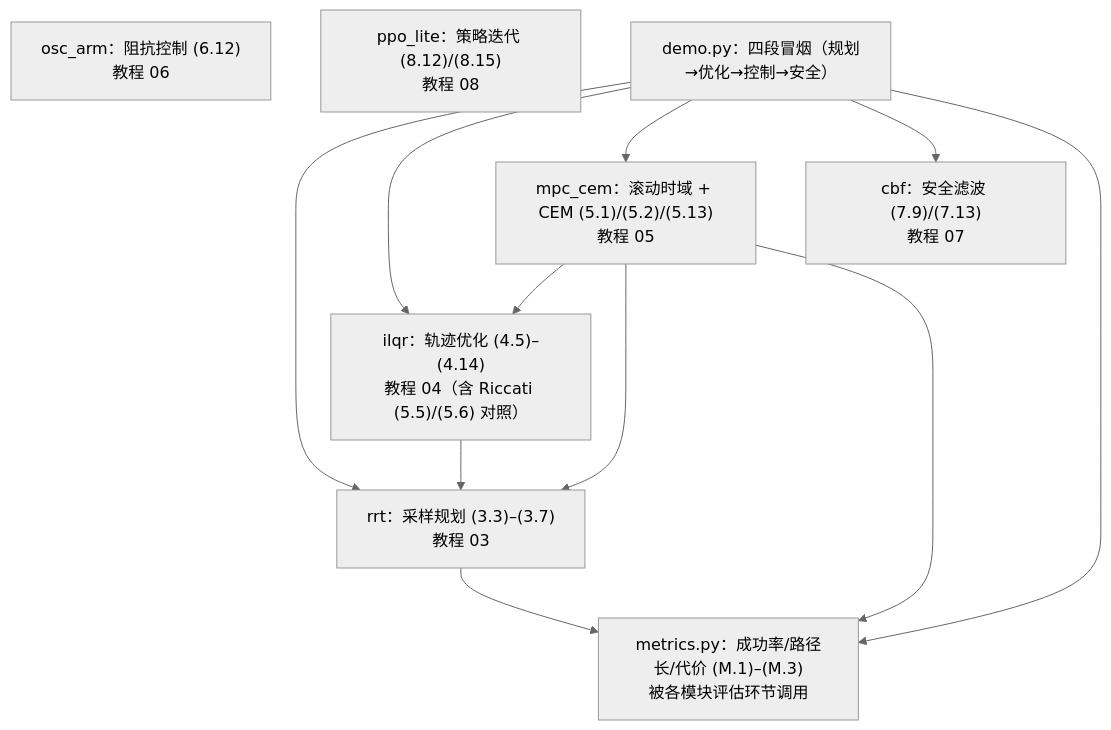
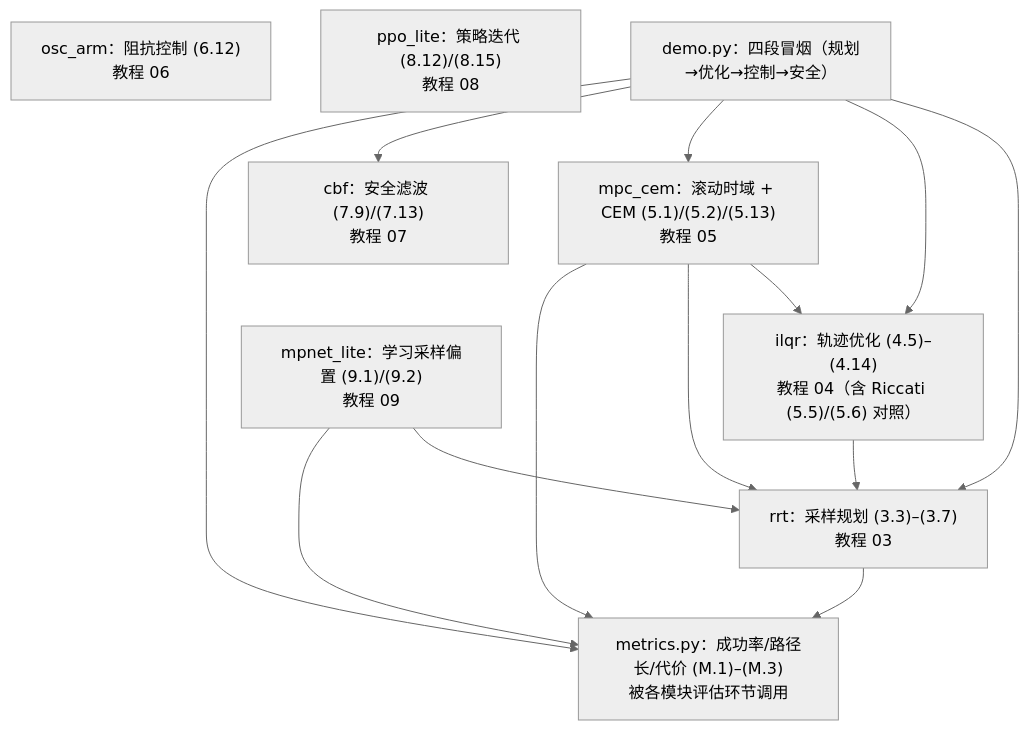
Before and after one commit to xMathematics/RoboTwinTutorial: the diagram in projects/control_planning/TUTORIAL.md, drawn with Mermaid (neutral theme). The commit also changed other lines of this file and 6 other files, not shown here.

Commit message:
feat(control_planning): 新增 MPNet-lite 学习式采样偏置规划（46→53 项测试）+ 9 篇论文代码映射表（勘正 MPNet 署名）

````diff
--- a/projects/control_planning/TUTORIAL.md
+++ b/projects/control_planning/TUTORIAL.md
@@ -379,22 +428,25 @@
 ```mermaid
 flowchart TD
     RRT["rrt：采样规划 (3.3)–(3.7)<br>教程 03"]
     ILQR["ilqr：轨迹优化 (4.5)–(4.14)<br>教程 04（含 Riccati (5.5)/(5.6) 对照）"]
     MPC["mpc_cem：滚动时域 + CEM (5.1)/(5.2)/(5.13)<br>教程 05"]
     CBF["cbf：安全滤波 (7.9)/(7.13)<br>教程 07"]
     OSC["osc_arm：阻抗控制 (6.12)<br>教程 06"]
     PPO["ppo_lite：策略迭代 (8.12)/(8.15)<br>教程 08"]
+    MPNET["mpnet_lite：学习采样偏置 (9.1)/(9.2)<br>教程 09"]
     METRICS["metrics.py：成功率/路径长/代价 (M.1)–(M.3)<br>被各模块评估环节调用"]
     DEMO["demo.py：四段冒烟（规划→优化→控制→安全）"]
 
     ILQR --> RRT
     MPC --> ILQR
     MPC --> RRT
+    MPNET --> RRT
     DEMO --> RRT
     DEMO --> ILQR
     DEMO --> MPC
     DEMO --> CBF
     DEMO --> METRICS
     RRT --> METRICS
     MPC --> METRICS
+    MPNET --> METRICS
 ```
````
